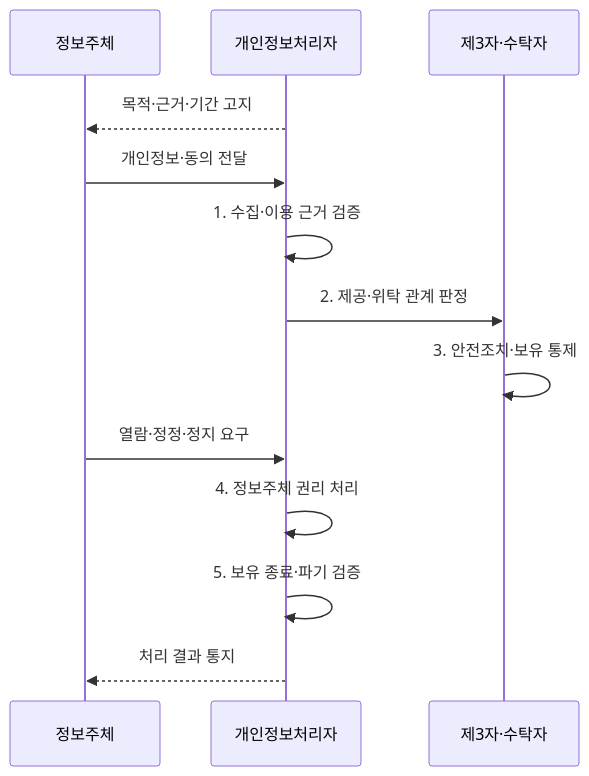
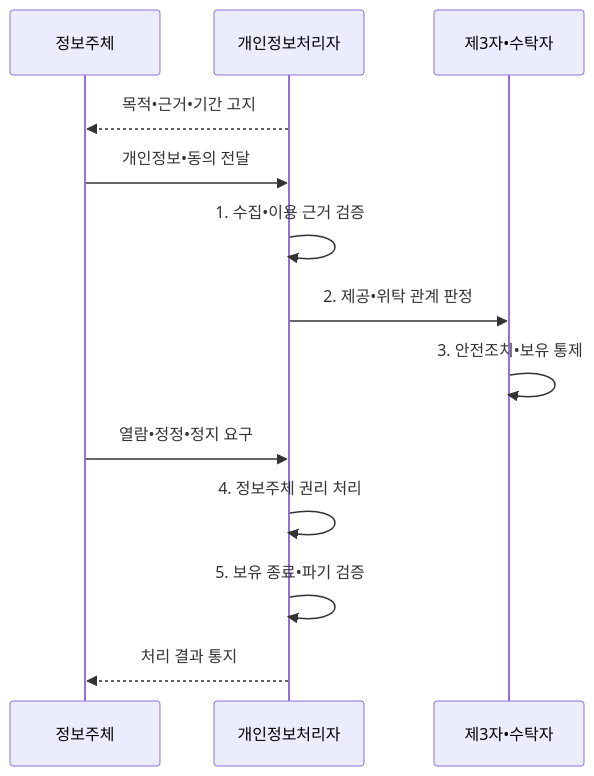
One commit to agnusdei1207/knowledge-base changed the second of 2 diagrams in src/content/docs/notes/05-security/094_personal_data_protection_act.md. Above: the diagram before and after it, drawn with Mermaid. The commit also changed other lines of this file and 953 other files, not shown here.

````diff
--- a/src/content/docs/notes/05-security/094_personal_data_protection_act.md
+++ b/src/content/docs/notes/05-security/094_personal_data_protection_act.md
@@ -98,15 +98,15 @@
 ```mermaid
 sequenceDiagram
     participant S as 정보주체
     participant C as 개인정보처리자
-    participant T as 제3자·수탁자
-    C-->>S: 목적·근거·기간 고지
-    S->>C: 개인정보·동의 전달
-    C->>C: 1. 수집·이용 근거 검증
-    C->>T: 2. 제공·위탁 관계 판정
-    T->>T: 3. 안전조치·보유 통제
-    S->>C: 열람·정정·정지 요구
+    participant T as 제3자•수탁자
+    C-->>S: 목적•근거•기간 고지
+    S->>C: 개인정보•동의 전달
+    C->>C: 1. 수집•이용 근거 검증
+    C->>T: 2. 제공•위탁 관계 판정
+    T->>T: 3. 안전조치•보유 통제
+    S->>C: 열람•정정•정지 요구
     C->>C: 4. 정보주체 권리 처리
-    C->>C: 5. 보유 종료·파기 검증
+    C->>C: 5. 보유 종료•파기 검증
     C-->>S: 처리 결과 통지
 ```
````
